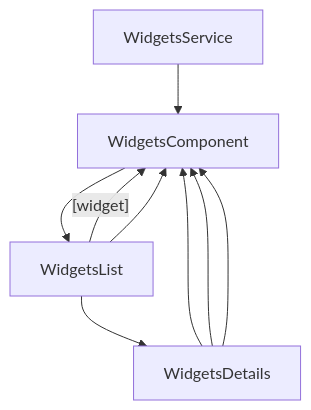
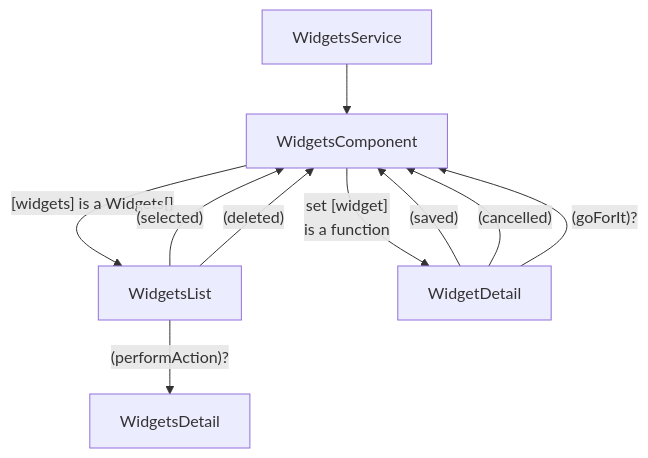
Before and after one commit to judytuna/fem-ng2-rest-app: the diagram in mermaid/input-output-maps.mermaid, drawn with Mermaid. The commit also changed 2 other files, not shown here.

Commit message:
attempting to map the @Input and @Output decorators for widgets... a little wrong I think

```diff
--- a/mermaid/input-output-maps.mermaid
+++ b/mermaid/input-output-maps.mermaid
@@ -1,12 +1,13 @@
-graph TB
+graph TD
   WidgetsService-->WidgetsComponent
 
-  WidgetsComponent-->WidgetsList
+  WidgetsComponent-->|"[widgets] is a Widgets[]"|WidgetsList
+  WidgetsComponent-->|"set [widget] <br>is a function"|WidgetDetail
 
-  WidgetsList-->|"[widget]"|WidgetsComponent
-  WidgetsList-->WidgetsComponent
-  WidgetsList-->WidgetsDetails
+  WidgetsList-->|"(selected)"|WidgetsComponent
+  WidgetsList-->|"(deleted)"|WidgetsComponent
+  WidgetsList-->|"(performAction)?"|WidgetsDetail
 
-  WidgetsDetails-->WidgetsComponent
-  WidgetsDetails-->WidgetsComponent
-  WidgetsDetails-->WidgetsComponent
+  WidgetDetail-->|"(saved)"|WidgetsComponent
+  WidgetDetail-->|"(cancelled)"|WidgetsComponent
+  WidgetDetail-->|"(goForIt)?"|WidgetsComponent
```
